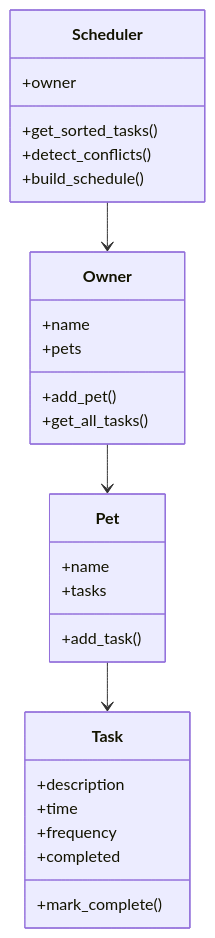
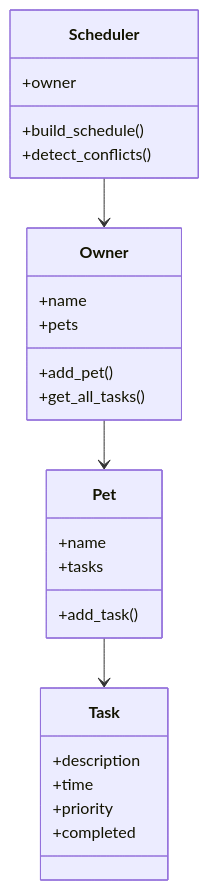
Before and after one commit to navin-27/pawpal-ai-system: the diagram in README.md, drawn with Mermaid. The commit also changed other lines of this file, not shown here.

````diff
--- a/README.md
+++ b/README.md
@@ -58,35 +67,33 @@
 ```mermaid
 classDiagram
 
 class Owner {
   +name
   +pets
   +add_pet()
   +get_all_tasks()
 }
 
 class Pet {
   +name
   +tasks
   +add_task()
 }
 
 class Task {
   +description
   +time
-  +frequency
+  +priority
   +completed
-  +mark_complete()
 }
 
 class Scheduler {
   +owner
-  +get_sorted_tasks()
+  +build_schedule()
   +detect_conflicts()
-  +build_schedule()
 }
 
 Owner --> Pet
 Pet --> Task
 Scheduler --> Owner
 ```
````
